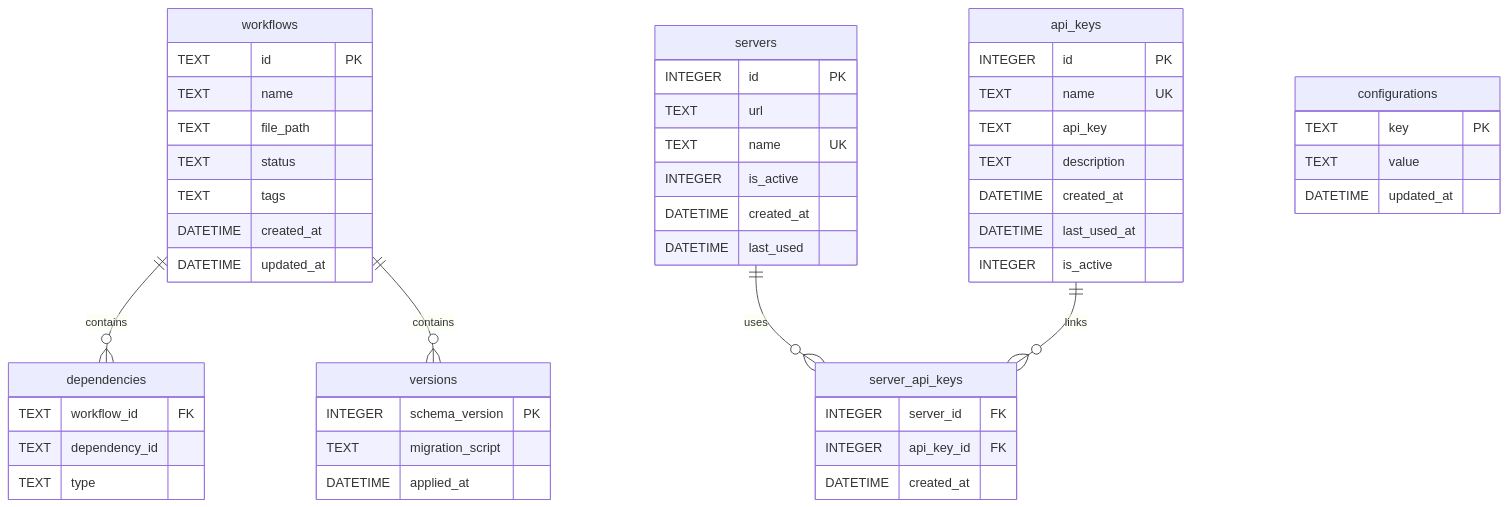
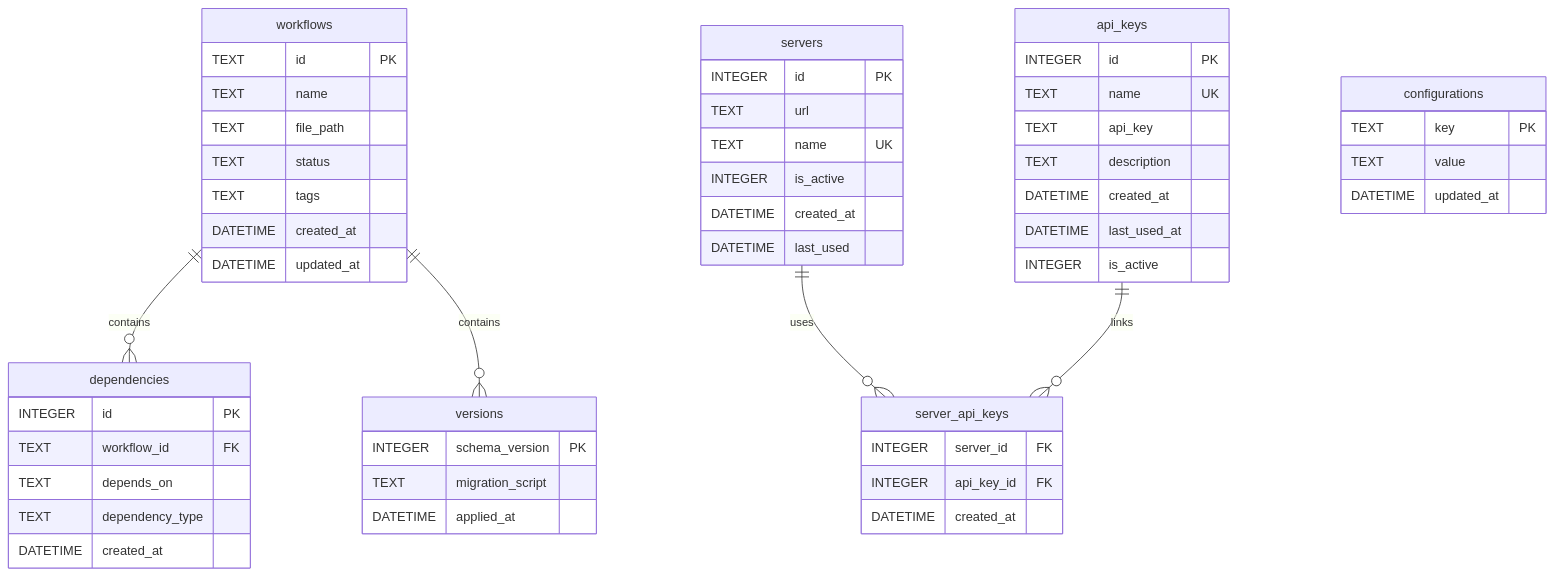
The diagram in docs/developers/database.md (lehcode/n8n-deploy), drawn with Mermaid before and after one commit. The commit also changed other lines of this file and 13 other files, not shown here.

````diff
--- a/docs/developers/database.md
+++ b/docs/developers/database.md
@@ -20,53 +20,55 @@
 ```mermaid
 erDiagram
     workflows ||--o{ dependencies : contains
     workflows ||--o{ versions : contains
     servers ||--o{ server_api_keys : uses
     api_keys ||--o{ server_api_keys : links
     workflows {
         TEXT id PK
         TEXT name
         TEXT file_path
         TEXT status
         TEXT tags
         DATETIME created_at
         DATETIME updated_at
     }
     api_keys {
         INTEGER id PK
         TEXT name UK
         TEXT api_key
         TEXT description
         DATETIME created_at
         DATETIME last_used_at
         INTEGER is_active
     }
     servers {
         INTEGER id PK
         TEXT url
         TEXT name UK
         INTEGER is_active
         DATETIME created_at
         DATETIME last_used
     }
     server_api_keys {
         INTEGER server_id FK
         INTEGER api_key_id FK
         DATETIME created_at
     }
     configurations {
         TEXT key PK
         TEXT value
         DATETIME updated_at
     }
     dependencies {
+        INTEGER id PK
         TEXT workflow_id FK
-        TEXT dependency_id
-        TEXT type
+        TEXT depends_on
+        TEXT dependency_type
+        DATETIME created_at
     }
     versions {
         INTEGER schema_version PK
         TEXT migration_script
         DATETIME applied_at
     }
 ```
````
